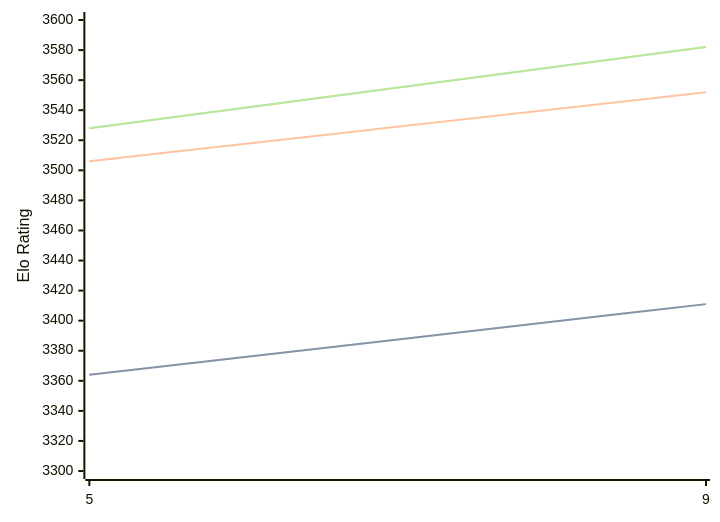
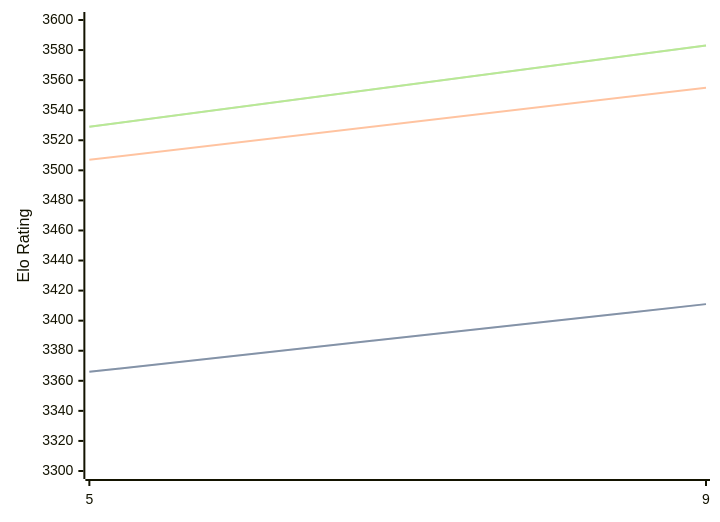
Before and after one commit to computer-chess-index/cci: the third of 3 diagrams in engines/Crystal.md, drawn with Mermaid. The commit also changed other lines of this file, not shown here.

Commit message:
Update CCI Ratings (ELO VLTC) - 2026-06-30

````diff
--- a/engines/Crystal.md
+++ b/engines/Crystal.md
@@ -93,11 +93,11 @@
 ```mermaid
 %%{init: {"theme":"base","themeVariables":{"seriesColors:['#a3a3a3','#222221','#faa371']}}}%%
 xychart-beta
   x-axis ["5", "9"]
   y-axis "Elo Rating" 3300 --> 3600
-  line "STC (8.0+0.08s)" [3364, 3411]
-  line "STC (8.0+0.08s)" [3364, 3411]
-  line "LTC (60.0+0.60s)" [3506, 3552]
-  line "VLTC (2m24s+1.12s)" [3528, 3582]
-  line "VLTC (2m24s+1.12s)" [3528, 3582]
+  line "STC (8.0+0.08s)" [3366, 3411]
+  line "STC (8.0+0.08s)" [3366, 3411]
+  line "LTC (60.0+0.60s)" [3507, 3555]
+  line "VLTC (2m24s+1.12s)" [3529, 3583]
+  line "VLTC (2m24s+1.12s)" [3529, 3583]
 ```
````
